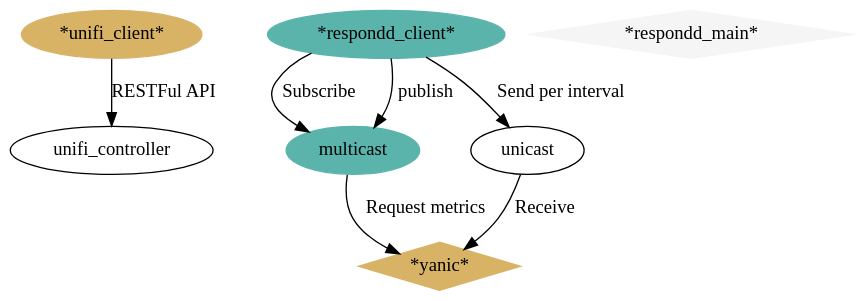
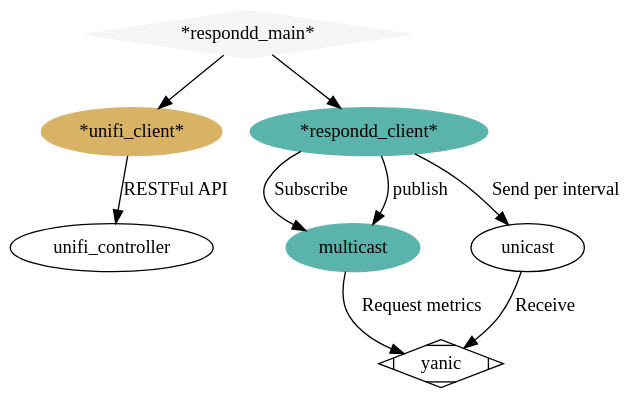
One commit to freifunkMUC/unifi_respondd changed the diagram in docs/architecture.dot. Above: the diagram before and after it, drawn with Graphviz. The commit also changed 1 other file, not shown here.

```diff
--- a/docs/architecture.dot
+++ b/docs/architecture.dot
@@ -1,58 +1,50 @@
 # http://www.graphviz.org/content/cluster
 
 digraph G {
   graph [fontname = "Handlee"];
   node [fontname = "Handlee"];
   edge [fontname = "Handlee"];
 
   bgcolor=transparent;
 
   subgraph unifi_client {
     style=filled;
     color=lightgrey;
     style="dotted"
     node [style=filled,color="#d8b365"];
     unifi_client [label="*unifi_client*"];
     fontsize = 20;
   }
 
-  subgraph yanic {
-    style=filled;
-    color=lightgrey;
-    style="dotted"
-    node [style=filled,color="#d8b365"];
-    yanic [label="*yanic*"];
-    fontsize = 20;
-  }
-
- subgraph respondd {
+  subgraph respondd {
     node [style=filled,color="#f5f5f5"];
     style="dotted"
     respondd [label="*respondd_main*"];
     fontsize = 20;
     color=blue
   }
   subgraph respondd_client {
     node [style=filled,color="#5ab4ac"];
     style="dotted"
     color=blue;
     label = "*respondd_client*";
     fontsize = 20;
     color=blue
     multicast -> respondd_client -> multicast[style=invis];
     respondd_client [label="*respondd_client*"];
   }
 
   yanic [shape=Mdiamond];
   respondd [shape=Mdiamond]
   
   unifi_client -> unifi_controller [label="RESTFul API"];
   respondd_client -> multicast [label="publish"];
   respondd_client -> multicast [label="Subscribe"];
   respondd_client -> unicast [label="Send per interval"];
   unicast -> yanic [label="Receive"]
   multicast -> yanic [label="Request metrics"]
-  
+  respondd -> respondd_client
+  respondd -> unifi_client
   {rank=same unifi_controller multicast unicast}
   {rank=same unifi_client respondd_client}
 }
```
